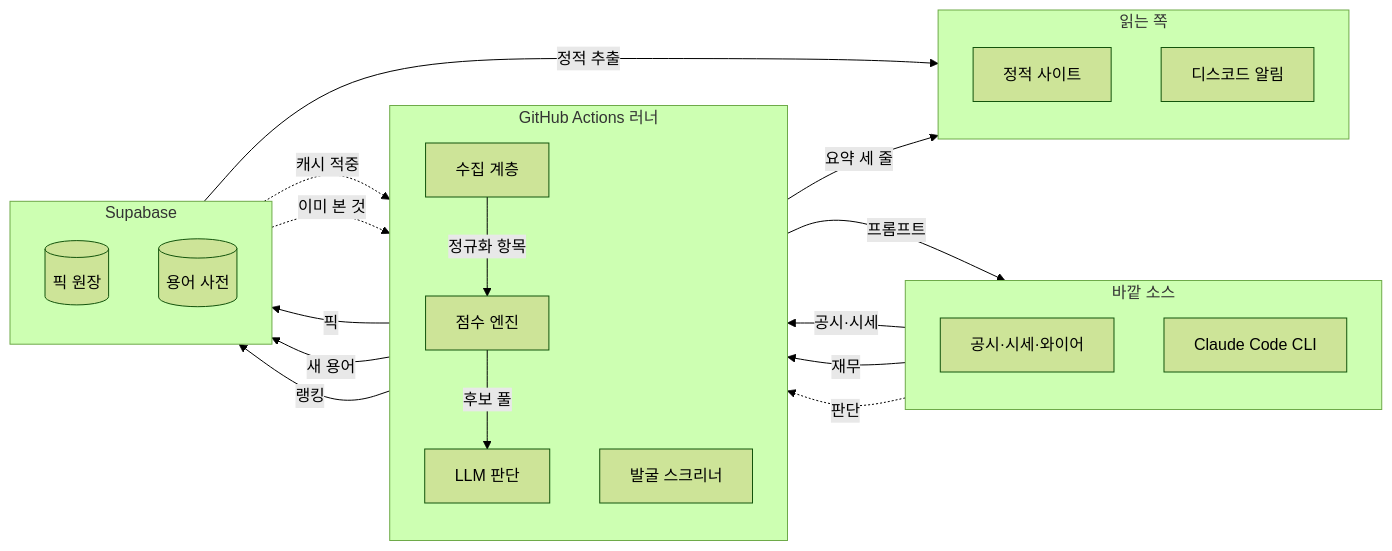
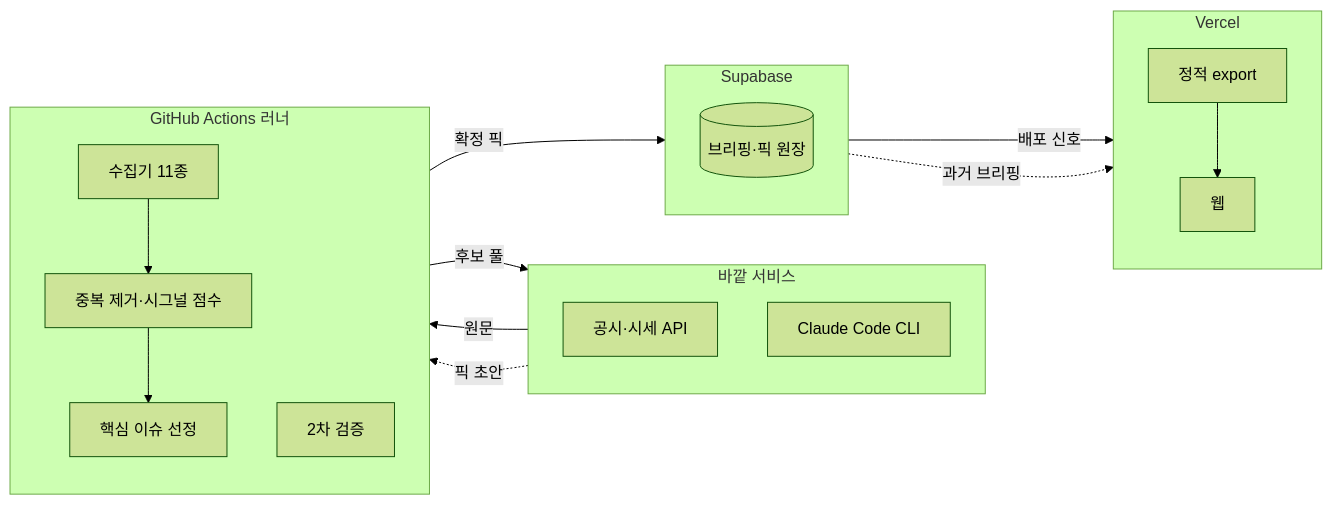
Before and after one commit to P0it/dev-blog: the diagram in projects/daily-brief/portfolio.md, drawn with Mermaid (forest theme). The commit also changed other lines of this file, not shown here.

Commit message:
lab: 데일리 브리핑 원고 새 문체로 다시 적재 — 데이터 카드에서 코드 레벨 서술 걷어냄

````diff
--- a/projects/daily-brief/portfolio.md
+++ b/projects/daily-brief/portfolio.md
@@ -145,38 +161,32 @@
 ```mermaid
 flowchart LR
-  subgraph 바깥[바깥 소스]
+  subgraph 바깥[바깥 서비스]
     direction TB
-    SRC[공시·시세·와이어]
-    CLI[Claude Code CLI]
+    SRC[공시·시세 API]
+    LLM[Claude Code CLI]
   end
   subgraph 러너[GitHub Actions 러너]
     direction TB
-    COL[수집 계층]
-    RANK[점수 엔진]
-    JUDGE[LLM 판단]
-    SCREEN[발굴 스크리너]
+    COL[수집기 11종]
+    SCORE[중복 제거·시그널 점수]
+    PICK[핵심 이슈 선정]
+    VERIFY[2차 검증]
   end
-  subgraph 원장[Supabase]
+  subgraph 원본[Supabase]
     direction TB
-    LEDGER[(픽 원장)]
-    DICT[(용어 사전)]
+    DB[(브리핑·픽 원장)]
   end
-  subgraph 읽는쪽[읽는 쪽]
+  subgraph 배포[Vercel]
     direction TB
-    SITE[정적 사이트]
-    DC[디스코드 알림]
+    BUILD[정적 export]
+    WEB[웹]
   end
-  SRC -->|공시·시세| COL
-  SRC -->|재무| SCREEN
-  COL -->|정규화 항목| RANK
-  RANK -->|후보 풀| JUDGE
-  JUDGE -->|프롬프트| CLI
-  CLI -.->|판단| JUDGE
-  JUDGE -->|픽| LEDGER
-  JUDGE -->|새 용어| DICT
-  SCREEN -->|랭킹| LEDGER
-  DICT -.->|캐시 적중| JUDGE
-  LEDGER -.->|이미 본 것| COL
-  LEDGER -->|정적 추출| SITE
-  JUDGE -->|요약 세 줄| DC
+  SRC -->|원문| COL
+  COL --> SCORE --> PICK
+  PICK -->|후보 풀| LLM
+  LLM -.->|픽 초안| VERIFY
+  VERIFY -->|확정 픽| DB
+  DB -->|배포 신호| BUILD
+  DB -.->|과거 브리핑| BUILD
+  BUILD --> WEB
 ```
````
